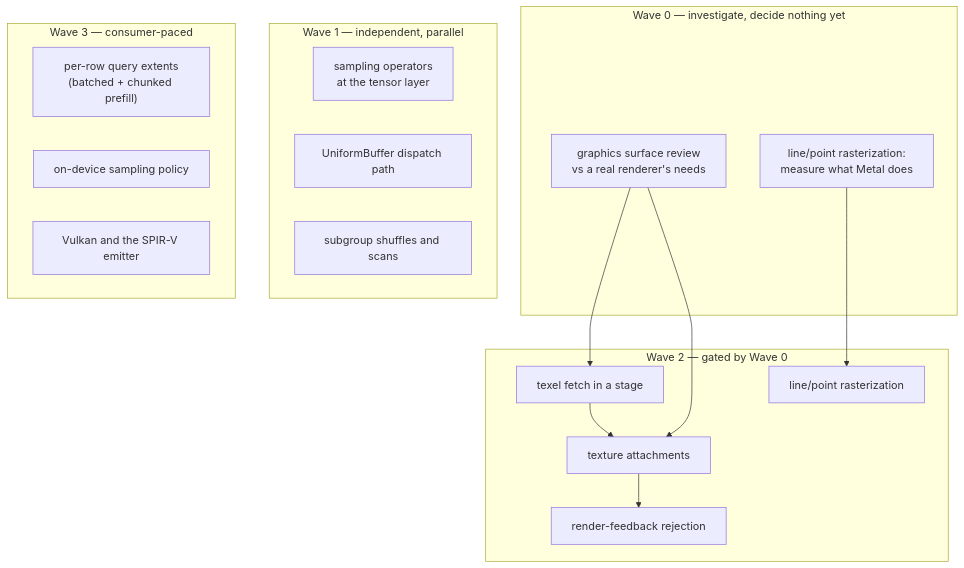
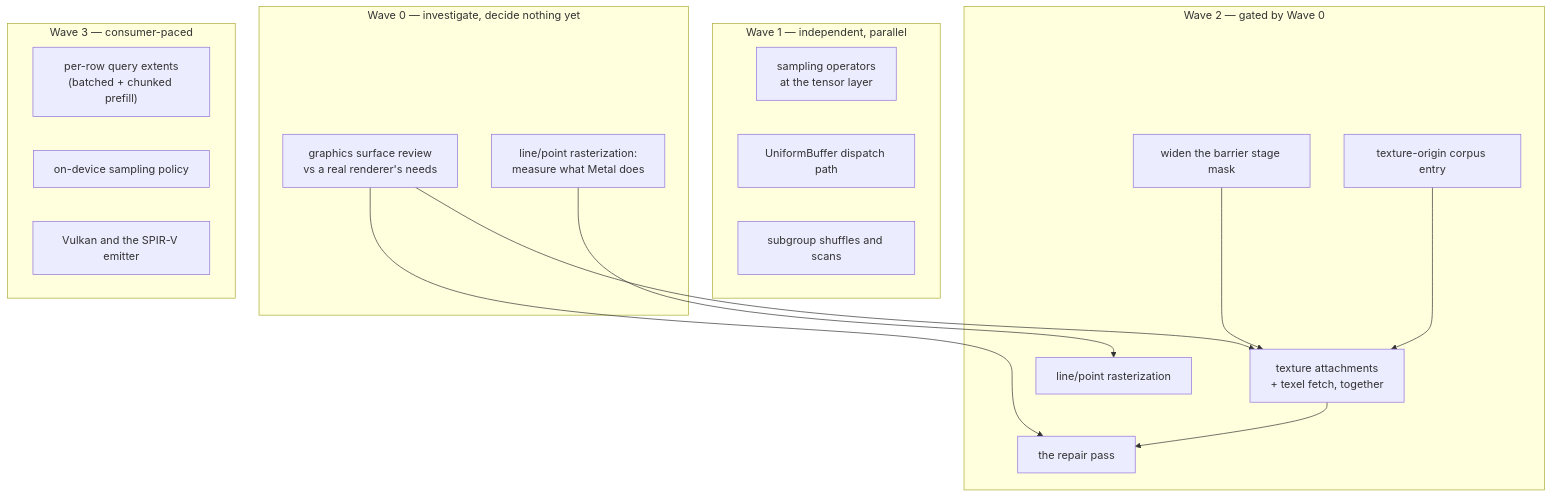
The second of 2 diagrams in specs/009-sequencing.md (golang-design/accel), drawn with Mermaid before and after one commit. The commit also changed other lines of this file, not shown here.

First line of the commit message:
specs: reshape M9's graphics wave around what the review found

````diff
--- a/specs/009-sequencing.md
+++ b/specs/009-sequencing.md
@@ -1666,28 +1666,30 @@
 ```mermaid
 flowchart TD
   subgraph W0["Wave 0 — investigate, decide nothing yet"]
     A["graphics surface review<br/>vs a real renderer's needs"]
     B["line/point rasterization:<br/>measure what Metal does"]
   end
   subgraph W1["Wave 1 — independent, parallel"]
     C["sampling operators<br/>at the tensor layer"]
     D["UniformBuffer dispatch path"]
     E["subgroup shuffles and scans"]
   end
   subgraph W2["Wave 2 — gated by Wave 0"]
-    F["texel fetch in a stage"]
-    G["texture attachments"]
-    H["render-feedback rejection"]
+    M["widen the barrier stage mask"]
+    N["texture-origin corpus entry"]
+    F["texture attachments<br/>+ texel fetch, together"]
+    H["the repair pass"]
     I["line/point rasterization"]
   end
   subgraph W3["Wave 3 — consumer-paced"]
     J["per-row query extents<br/>(batched + chunked prefill)"]
     K["on-device sampling policy"]
     L["Vulkan and the SPIR-V emitter"]
   end
   A --> F
-  A --> G
+  A --> H
   B --> I
-  F --> G
-  G --> H
+  M --> F
+  N --> F
+  F --> H
 ```
````
